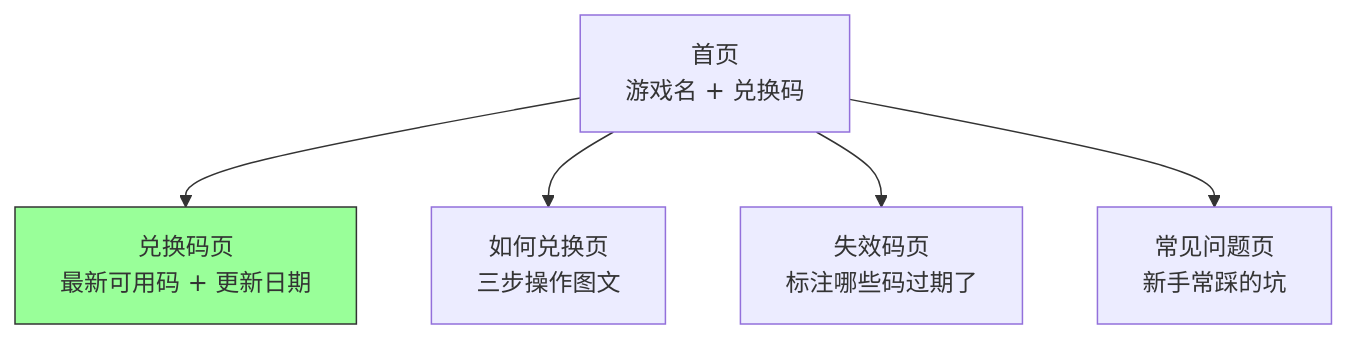
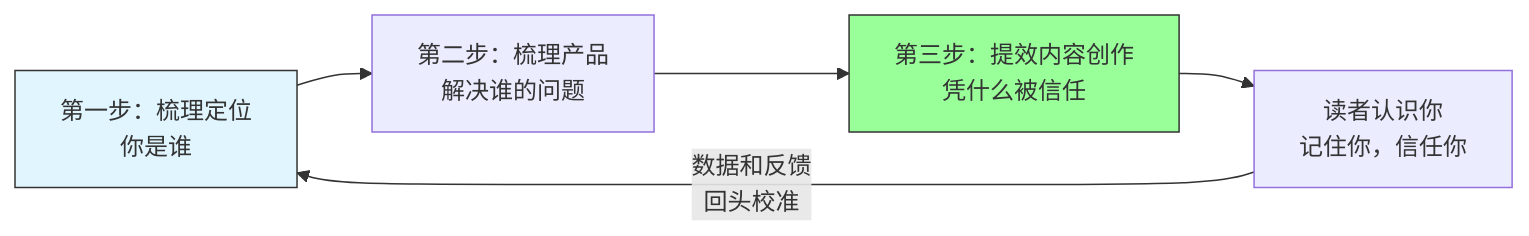
One commit to OpenDocCN1/flygon-dahanghai changed the third of 4 diagrams in docs/book/ch29.md. Above: the diagram before and after it, drawn with Mermaid. The commit also changed other lines of this file and 1 other file, not shown here.

````diff
--- a/docs/book/ch29.md
+++ b/docs/book/ch29.md
@@ -239,8 +187,9 @@
 ```mermaid
-graph TD
-    A[首页<br>游戏名 + 兑换码] --> B[兑换码页<br>最新可用码 + 更新日期]
-    A --> C[如何兑换页<br>三步操作图文]
-    A --> D[失效码页<br>标注哪些码过期了]
-    A --> E[常见问题页<br>新手常踩的坑]
-    style B fill:#9f9,stroke:#333
+graph LR
+    A[第一步：梳理定位<br>你是谁] --> B[第二步：梳理产品<br>解决谁的问题]
+    B --> C[第三步：提效内容创作<br>凭什么被信任]
+    C --> D[读者认识你<br>记住你，信任你]
+    D -->|数据和反馈<br>回头校准| A
+    style A fill:#e1f5fe,stroke:#333
+    style C fill:#9f9,stroke:#333
 ```
````
